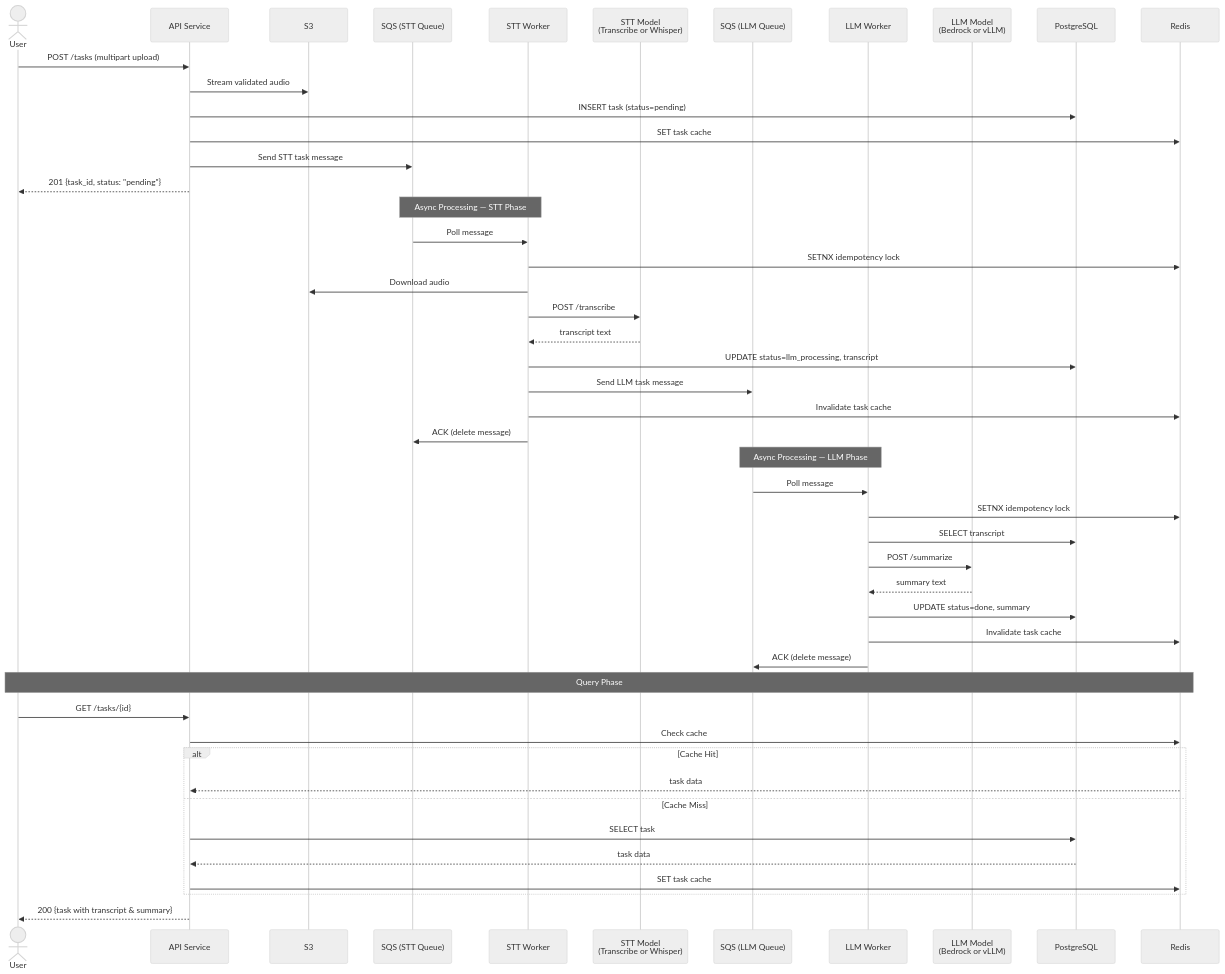
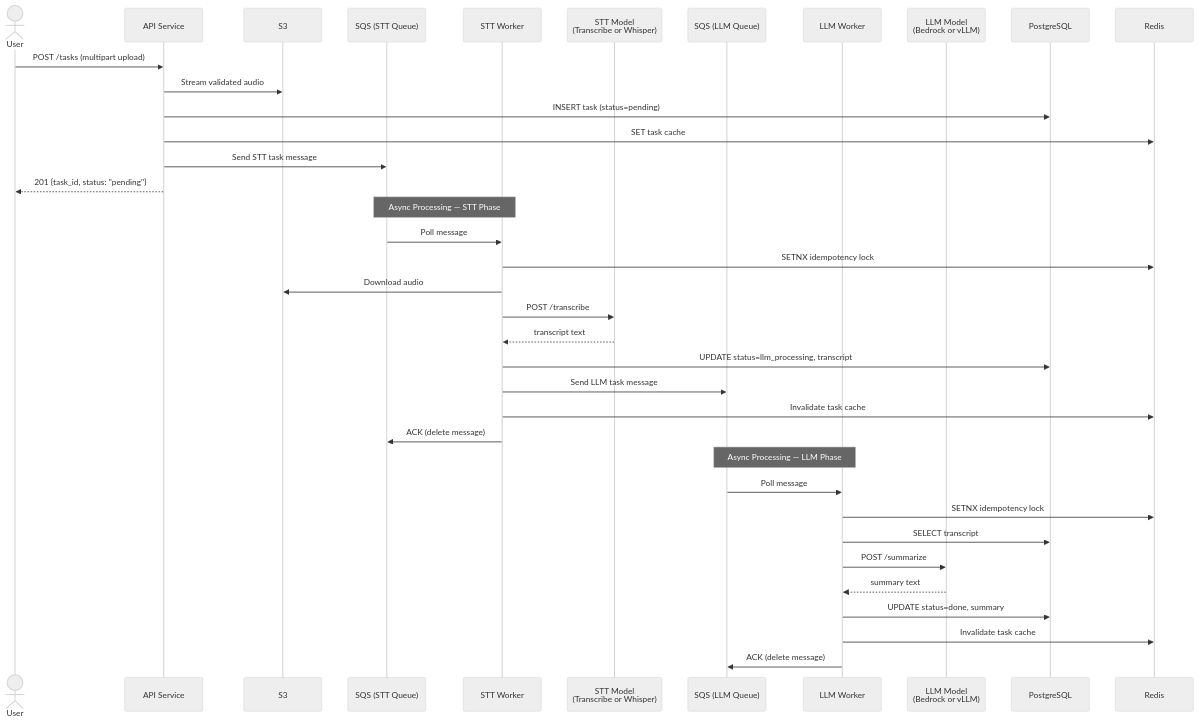
One commit to m24927605/system-architecture-design changed the fifth of 13 diagrams in ARCHITECTURE.md. Above: the diagram before and after it, drawn with Mermaid (neutral theme). The commit also changed other lines of this file and 5 other files, not shown here.

Commit message:
Align MVP architecture with single worker flow

````diff
--- a/ARCHITECTURE.md
+++ b/ARCHITECTURE.md
@@ -505,57 +547,44 @@
 ```mermaid
 sequenceDiagram
     actor User
     participant API as API Service
     participant S3
     participant SQS as SQS (STT Queue)
     participant STTW as STT Worker
     participant Whisper as STT Model<br/>(Transcribe or Whisper)
     participant LLMQ as SQS (LLM Queue)
     participant LLMW as LLM Worker
     participant vLLM as LLM Model<br/>(Bedrock or vLLM)
     participant PG as PostgreSQL
     participant Redis
 
     User->>API: POST /tasks (multipart upload)
     API->>S3: Stream validated audio
     API->>PG: INSERT task (status=pending)
     API->>Redis: SET task cache
     API->>SQS: Send STT task message
     API-->>User: 201 {task_id, status: "pending"}
 
     Note over SQS,STTW: Async Processing — STT Phase
 
     SQS->>STTW: Poll message
     STTW->>Redis: SETNX idempotency lock
     STTW->>S3: Download audio
     STTW->>Whisper: POST /transcribe
     Whisper-->>STTW: transcript text
     STTW->>PG: UPDATE status=llm_processing, transcript
     STTW->>LLMQ: Send LLM task message
     STTW->>Redis: Invalidate task cache
     STTW->>SQS: ACK (delete message)
 
     Note over LLMQ,LLMW: Async Processing — LLM Phase
 
     LLMQ->>LLMW: Poll message
     LLMW->>Redis: SETNX idempotency lock
     LLMW->>PG: SELECT transcript
     LLMW->>vLLM: POST /summarize
     vLLM-->>LLMW: summary text
     LLMW->>PG: UPDATE status=done, summary
     LLMW->>Redis: Invalidate task cache
     LLMW->>LLMQ: ACK (delete message)
-
-    Note over User,Redis: Query Phase
-
-    User->>API: GET /tasks/{id}
-    API->>Redis: Check cache
-    alt Cache Hit
-        Redis-->>API: task data
-    else Cache Miss
-        API->>PG: SELECT task
-        PG-->>API: task data
-        API->>Redis: SET task cache
-    end
-    API-->>User: 200 {task with transcript & summary}
 ```
````
